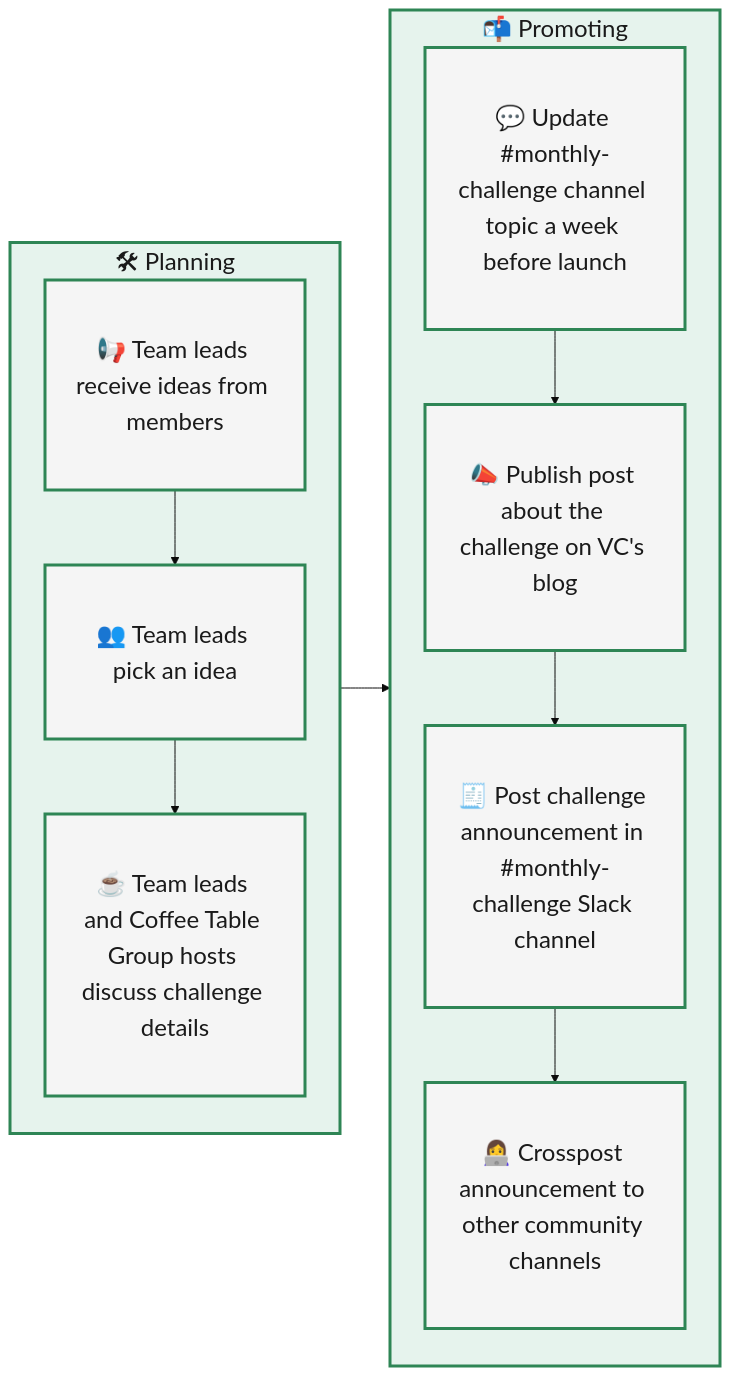
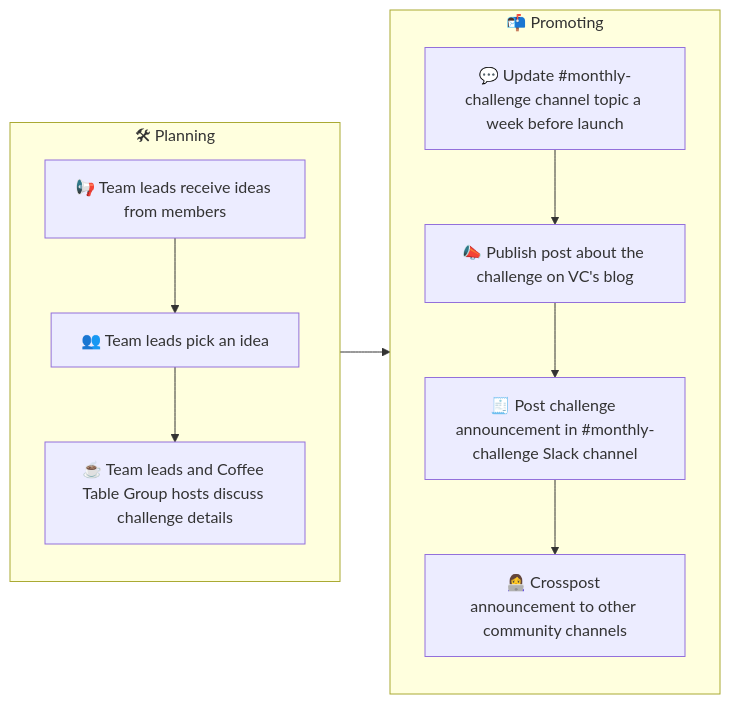
Before and after one commit to CBID2/VC-Community-Docs: the first of 2 diagrams in docs/monthly-challenges/facilitators-docs/facilitate-a-challenge.md, drawn with Mermaid. The commit also changed other lines of this file and 5 other files, not shown here.

First line of the commit message:
Restore React 19 and simplify Mermaid diagrams

````diff
--- a/docs/monthly-challenges/facilitators-docs/facilitate-a-challenge.md
+++ b/docs/monthly-challenges/facilitators-docs/facilitate-a-challenge.md
@@ -48,30 +48,14 @@
 ```mermaid
-%%{init: {'theme':'base', 'themeVariables': {'fontSize':'24px', 'fontFamily':'arial'}}}%%
 flowchart LR
-  %% Left Column - Planning
   subgraph A["🛠 Planning"]
     direction TB
-    A1["📢 Team leads receive ideas from members"]
-    A2["👥 Team leads pick an idea"]
-    A3["☕ Team leads and Coffee Table Group hosts discuss challenge details"]
-    A1 --> A2 --> A3
+    A1["📢 Team leads receive ideas from members"] --> A2["👥 Team leads pick an idea"] --> A3["☕ Team leads and Coffee Table Group hosts discuss challenge details"]
   end
 
-  %% Right Column - Promoting
   subgraph B["📬 Promoting"]
     direction TB
-    B1["💬 Update #monthly-challenge channel topic a week before launch"]
-    B2["📣 Publish post about the challenge on VC's blog"]
-    B3["🧾 Post challenge announcement in #monthly-challenge Slack channel"]
-    B4["👩‍💻 Crosspost announcement to other community channels"]
-    B1 --> B2 --> B3 --> B4
+    B1["💬 Update #monthly-challenge channel topic a week before launch"] --> B2["📣 Publish post about the challenge on VC's blog"] --> B3["🧾 Post challenge announcement in #monthly-challenge Slack channel"] --> B4["👩‍💻 Crosspost announcement to other community channels"]
   end
 
-  %% Flow between columns
   A3 --> B1
-
-  %% Styling
-  classDef default fill:#f5f5f5,stroke:#2e8555,stroke-width:3px,color:#1a1a1a,padding:15px;
-  classDef process fill:#e6f3ed,stroke:#2e8555,stroke-width:3px,color:#1a1a1a;
-  class A,B process;
 ```
````
